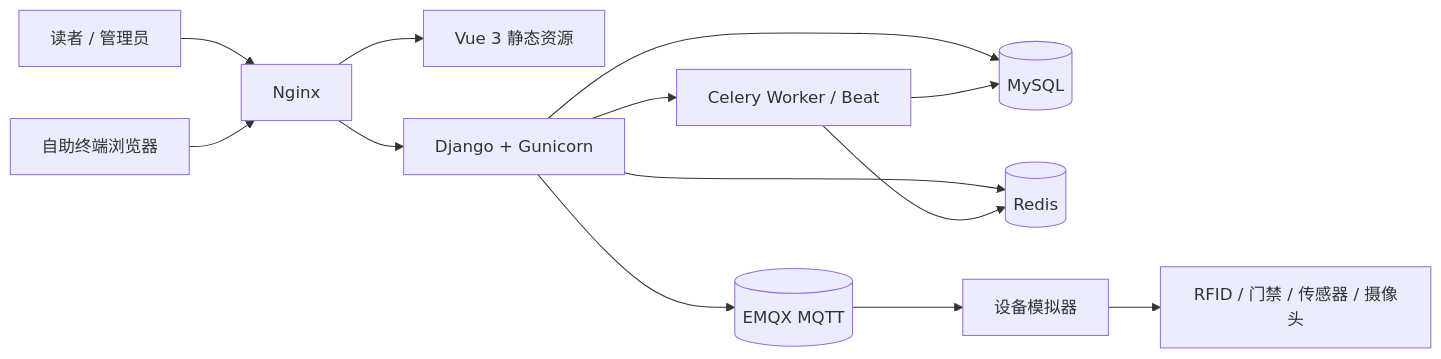
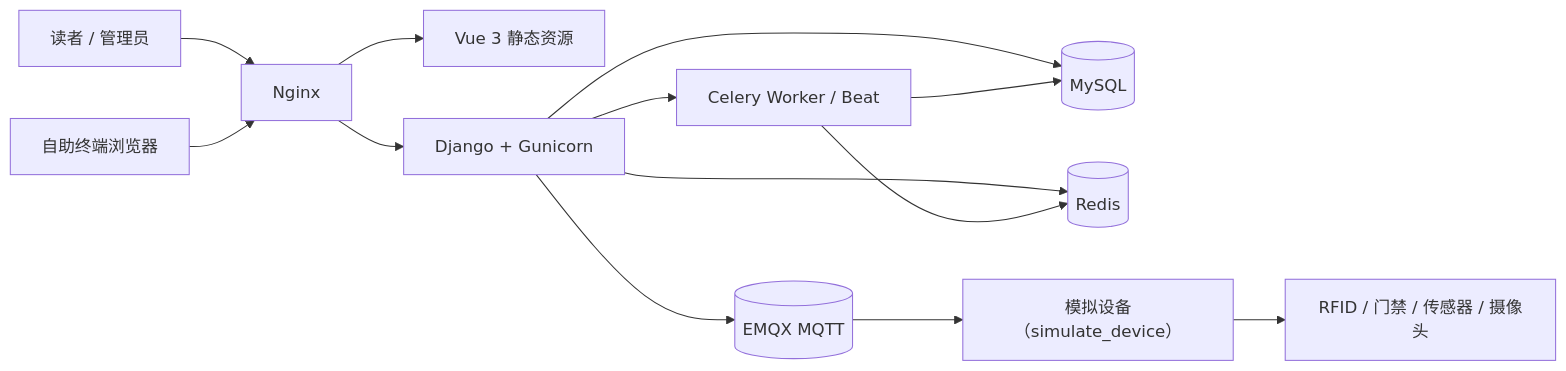
The ninth of 9 diagrams in 无人值守图书馆管理系统 —架构设计.md (beadeepr/Self-service-Library-Management-System), drawn with Mermaid before and after one commit. The commit also changed other lines of this file and 7 other files, not shown here.

````diff
--- a/无人值守图书馆管理系统 —架构设计.md
+++ b/无人值守图书馆管理系统 —架构设计.md
@@ -848,15 +850,15 @@
 ```mermaid
 flowchart LR
   Reader["读者 / 管理员"] --> Nginx["Nginx"]
   Terminal["自助终端浏览器"] --> Nginx
   Nginx --> Web["Vue 3 静态资源"]
   Nginx --> API["Django + Gunicorn"]
   API --> MySQL[("MySQL")]
   API --> Redis[("Redis")]
   API --> EMQX[("EMQX MQTT")]
-  EMQX --> Sim["设备模拟器"]
+  EMQX --> Sim["模拟设备（simulate_device）"]
   Sim --> Devices["RFID / 门禁 / 传感器 / 摄像头"]
   API --> Celery["Celery Worker / Beat"]
   Celery --> MySQL
   Celery --> Redis
 ```
````
